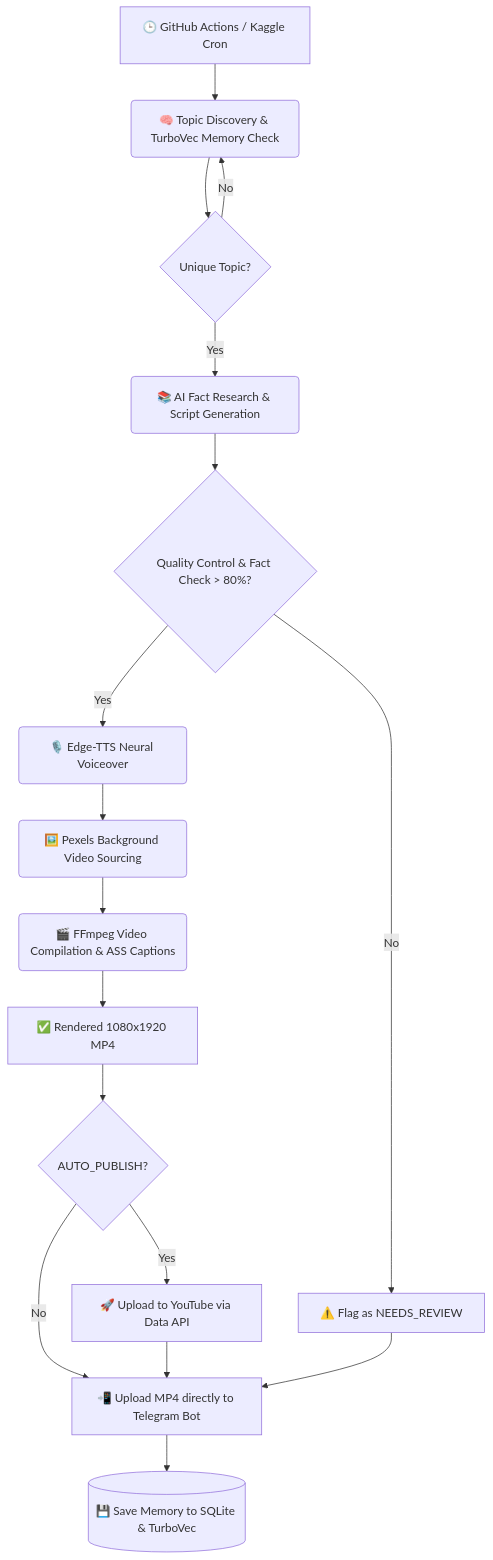
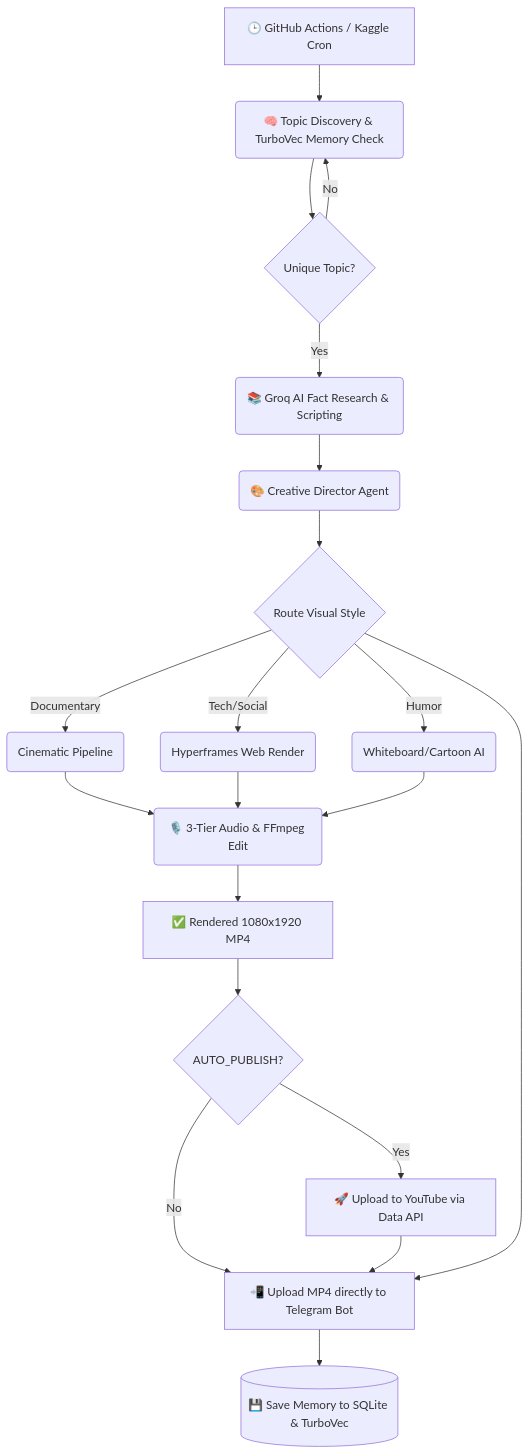
The diagram in README.md (manojvenaram/agent-automation), drawn with Mermaid before and after one commit. The commit also changed other lines of this file and 23 other files, not shown here.

````diff
--- a/README.md
+++ b/README.md
@@ -35,21 +35,24 @@
 ```mermaid
 graph TD
     A[🕒 GitHub Actions / Kaggle Cron] --> B(🧠 Topic Discovery & TurboVec Memory Check)
     B --> C{Unique Topic?}
     C -- No --> B
-    C -- Yes --> D(📚 AI Fact Research & Script Generation)
-    D --> E{Quality Control & Fact Check > 80%?}
-    E -- No --> F[⚠️ Flag as NEEDS_REVIEW]
-    E -- Yes --> G(🎙️ Edge-TTS Neural Voiceover)
-    G --> H(🖼️ Pexels Background Video Sourcing)
-    H --> I(🎬 FFmpeg Video Compilation & ASS Captions)
-    I --> J[✅ Rendered 1080x1920 MP4]
+    C -- Yes --> D(📚 Groq AI Fact Research & Scripting)
+    D --> E(🎨 Creative Director Agent)
+    E --> F{Route Visual Style}
+    F --> |Documentary| G1(Cinematic Pipeline)
+    F --> |Tech/Social| G2(Hyperframes Web Render)
+    F --> |Humor| G3(Whiteboard/Cartoon AI)
+    G1 --> H(🎙️ 3-Tier Audio & FFmpeg Edit)
+    G2 --> H
+    G3 --> H
+    H --> J[✅ Rendered 1080x1920 MP4]
     
     J --> K{AUTO_PUBLISH?}
     K -- Yes --> L[🚀 Upload to YouTube via Data API]
     K -- No --> M
     L --> M[📲 Upload MP4 directly to Telegram Bot]
     F --> M
     
     M --> N[(💾 Save Memory to SQLite & TurboVec)]
 ```
````
